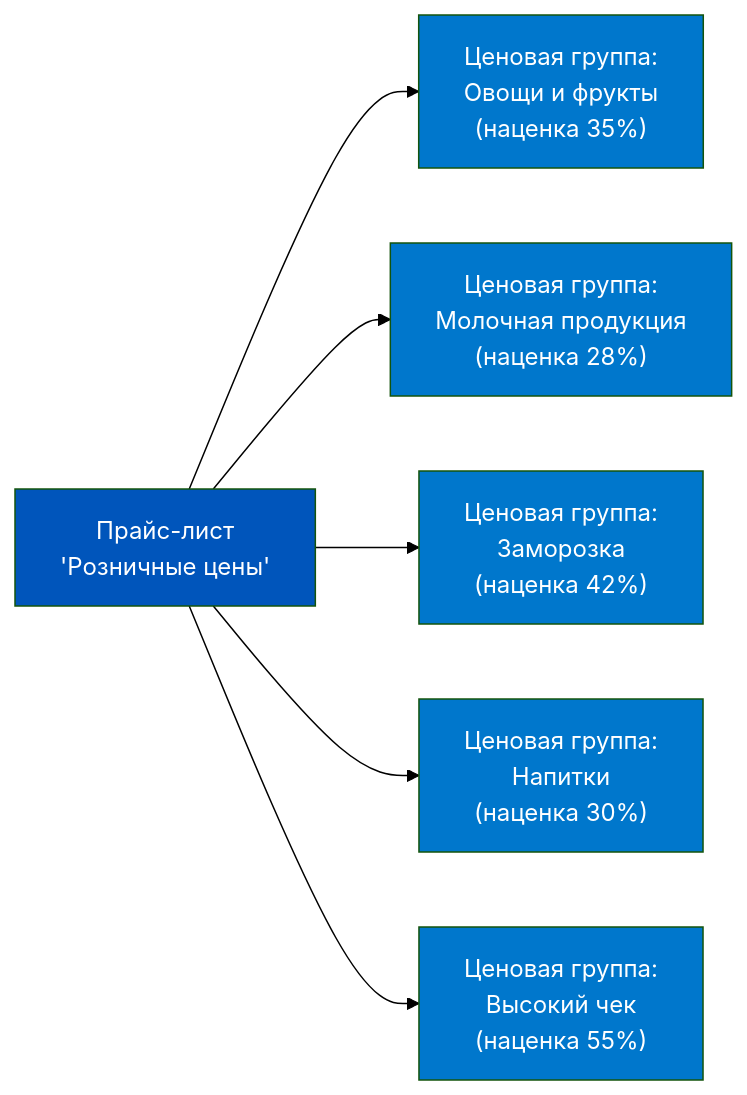
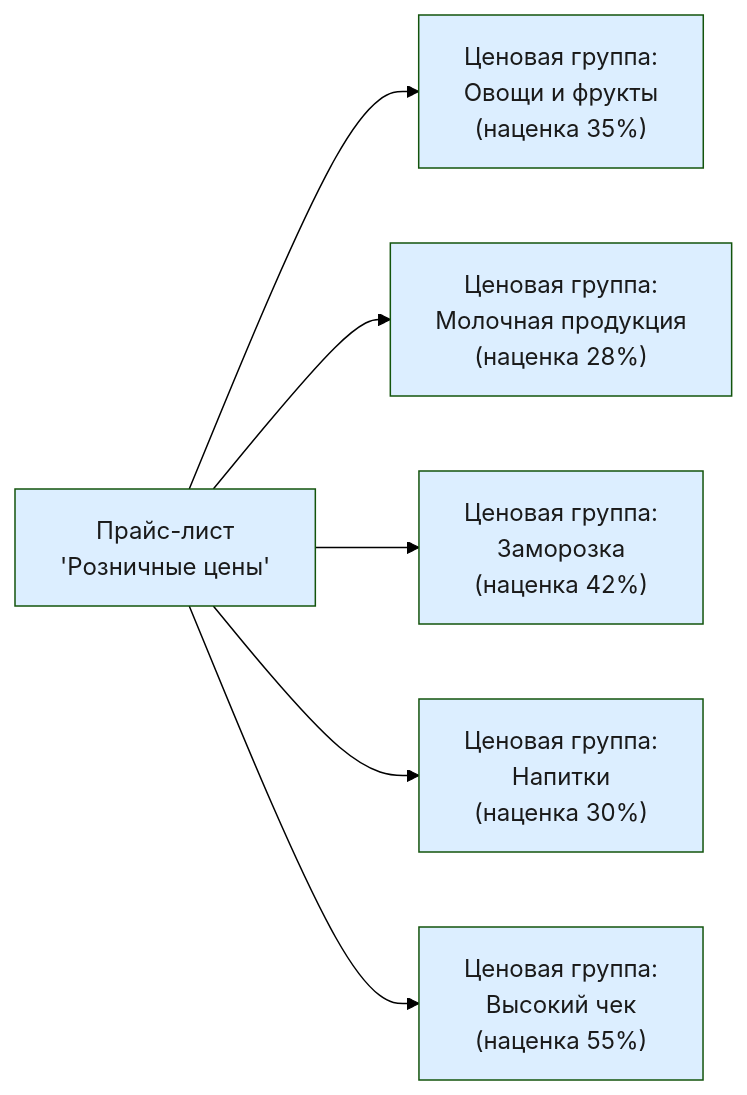
The third of 6 diagrams in content/1c-erp/week_2/Неделя 2 - День 6 - Практикум по НСИ.md (murad1986/1c-erp-quartz), drawn with Mermaid (forest theme) before and after one commit. The commit also changed other lines of this file and 57 other files, not shown here.

First line of the commit message:
fix: Mermaid — пастельные цвета в источниках диаграмм (56 файлов)

````diff
--- a/content/1c-erp/week_2/Неделя 2 - День 6 - Практикум по НСИ.md
+++ b/content/1c-erp/week_2/Неделя 2 - День 6 - Практикум по НСИ.md
@@ -265,15 +265,15 @@
 ```mermaid
 graph LR
     A["Прайс-лист<br/>'Розничные цены'"] --> B["Ценовая группа:<br/>Овощи и фрукты<br/>(наценка 35%)"]
     A --> C["Ценовая группа:<br/>Молочная продукция<br/>(наценка 28%)"]
     A --> D["Ценовая группа:<br/>Заморозка<br/>(наценка 42%)"]
     A --> E["Ценовая группа:<br/>Напитки<br/>(наценка 30%)"]
     A --> F["Ценовая группа:<br/>Высокий чек<br/>(наценка 55%)"]
 
-    style A fill:#0055BB,color:#fff
-    style B fill:#0077CC,color:#fff
-    style C fill:#0077CC,color:#fff
-    style D fill:#0077CC,color:#fff
-    style E fill:#0077CC,color:#fff
-    style F fill:#0077CC,color:#fff
+    style A fill:#dceeff,color:#1a1a1a
+    style B fill:#dceeff,color:#1a1a1a
+    style C fill:#dceeff,color:#1a1a1a
+    style D fill:#dceeff,color:#1a1a1a
+    style E fill:#dceeff,color:#1a1a1a
+    style F fill:#dceeff,color:#1a1a1a
 ```
````
